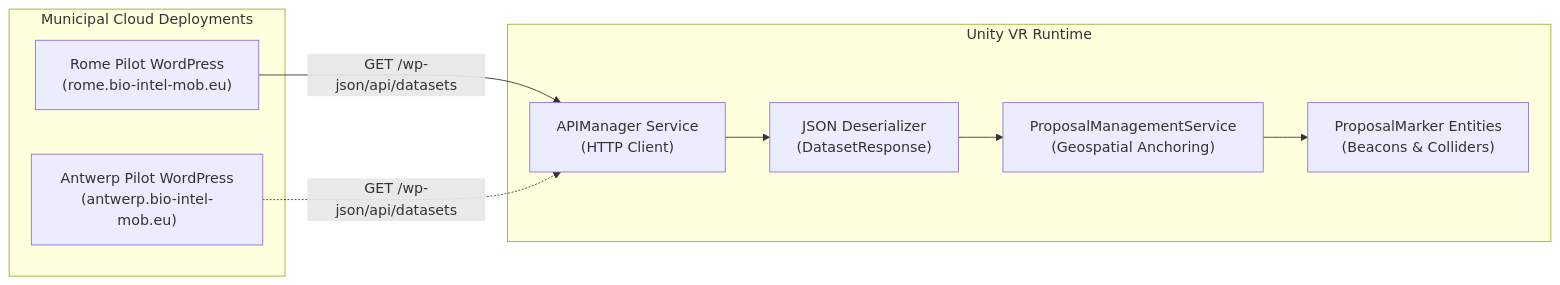
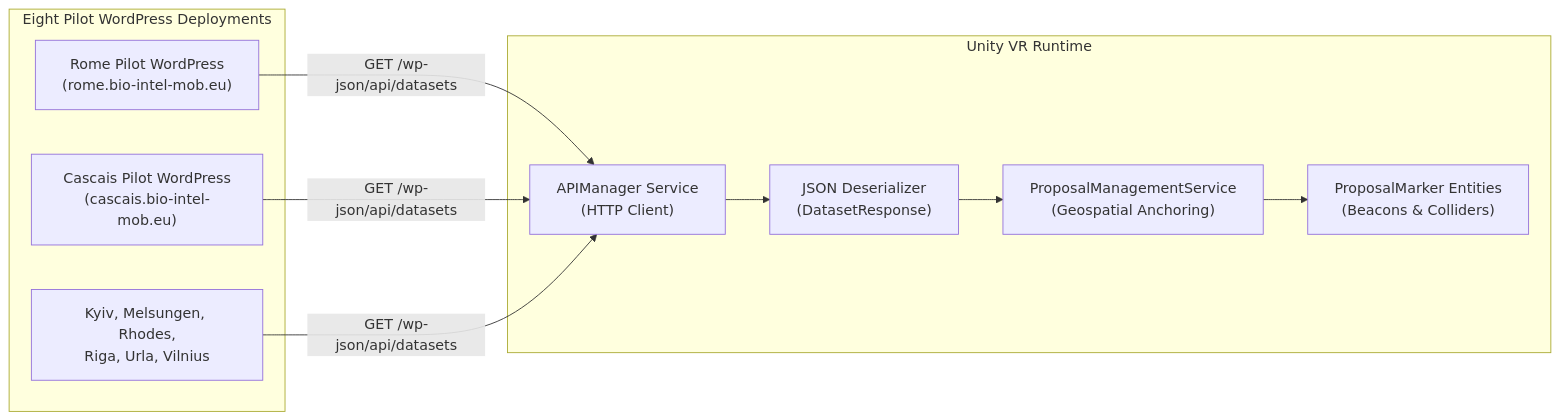
One commit to khadeer0503/BIO-INTEL-MOB-Docs changed the first of 3 diagrams in backend/wordpress.mdx. Above: the diagram before and after it, drawn with Mermaid. The commit also changed other lines of this file and 21 other files, not shown here.

````diff
--- a/backend/wordpress.mdx
+++ b/backend/wordpress.mdx
@@ -12,16 +14,18 @@
 ```mermaid
 flowchart LR
-    subgraph Municipal_Backends["Municipal Cloud Deployments"]
+    subgraph Municipal_Backends["Eight Pilot WordPress Deployments"]
         Rome["Rome Pilot WordPress<br/>(rome.bio-intel-mob.eu)"]
-        Antwerp["Antwerp Pilot WordPress<br/>(antwerp.bio-intel-mob.eu)"]
+        Cascais["Cascais Pilot WordPress<br/>(cascais.bio-intel-mob.eu)"]
+        Others["Kyiv, Melsungen, Rhodes,<br/>Riga, Urla, Vilnius"]
     end
 
     subgraph Unity_Client["Unity VR Runtime"]
         API["APIManager Service<br/>(HTTP Client)"] --> Parser["JSON Deserializer<br/>(DatasetResponse)"]
         Parser --> PMS["ProposalManagementService<br/>(Geospatial Anchoring)"]
         PMS --> Markers["ProposalMarker Entities<br/>(Beacons & Colliders)"]
     end
 
     Rome -->|"GET /wp-json/api/datasets"| API
-    Antwerp -.->|"GET /wp-json/api/datasets"| API
+    Cascais -->|"GET /wp-json/api/datasets"| API
+    Others -->|"GET /wp-json/api/datasets"| API
 ```
````
